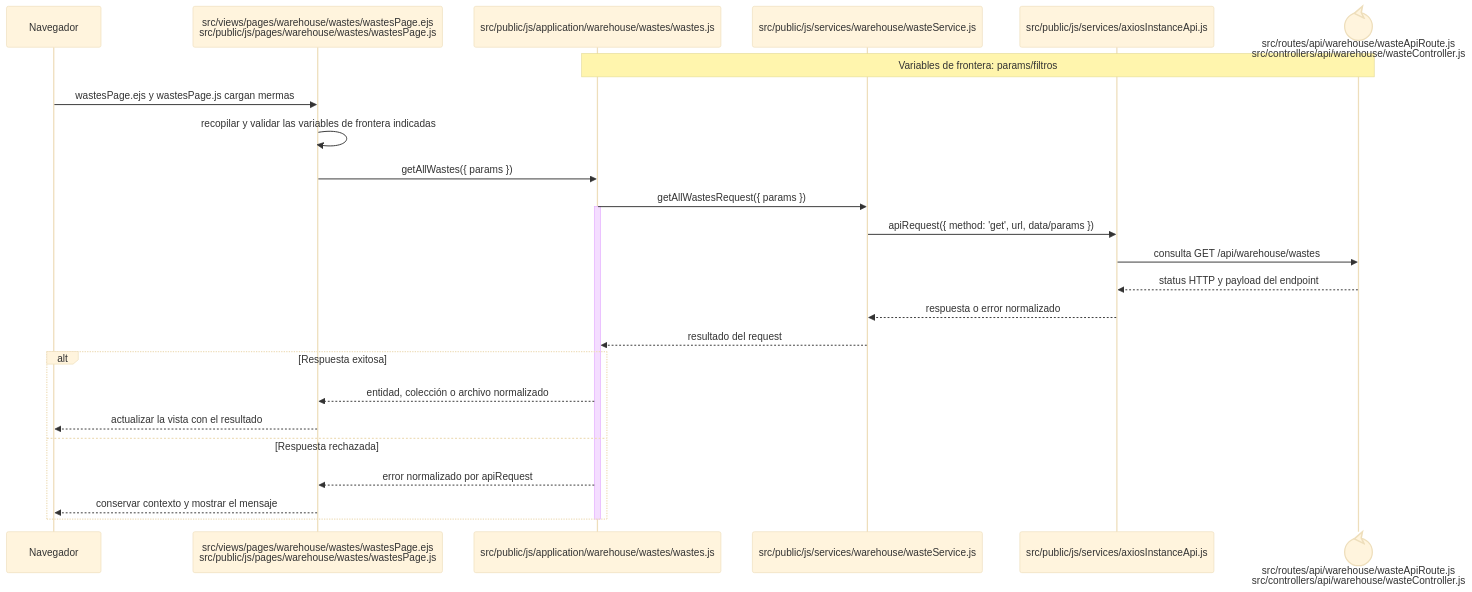
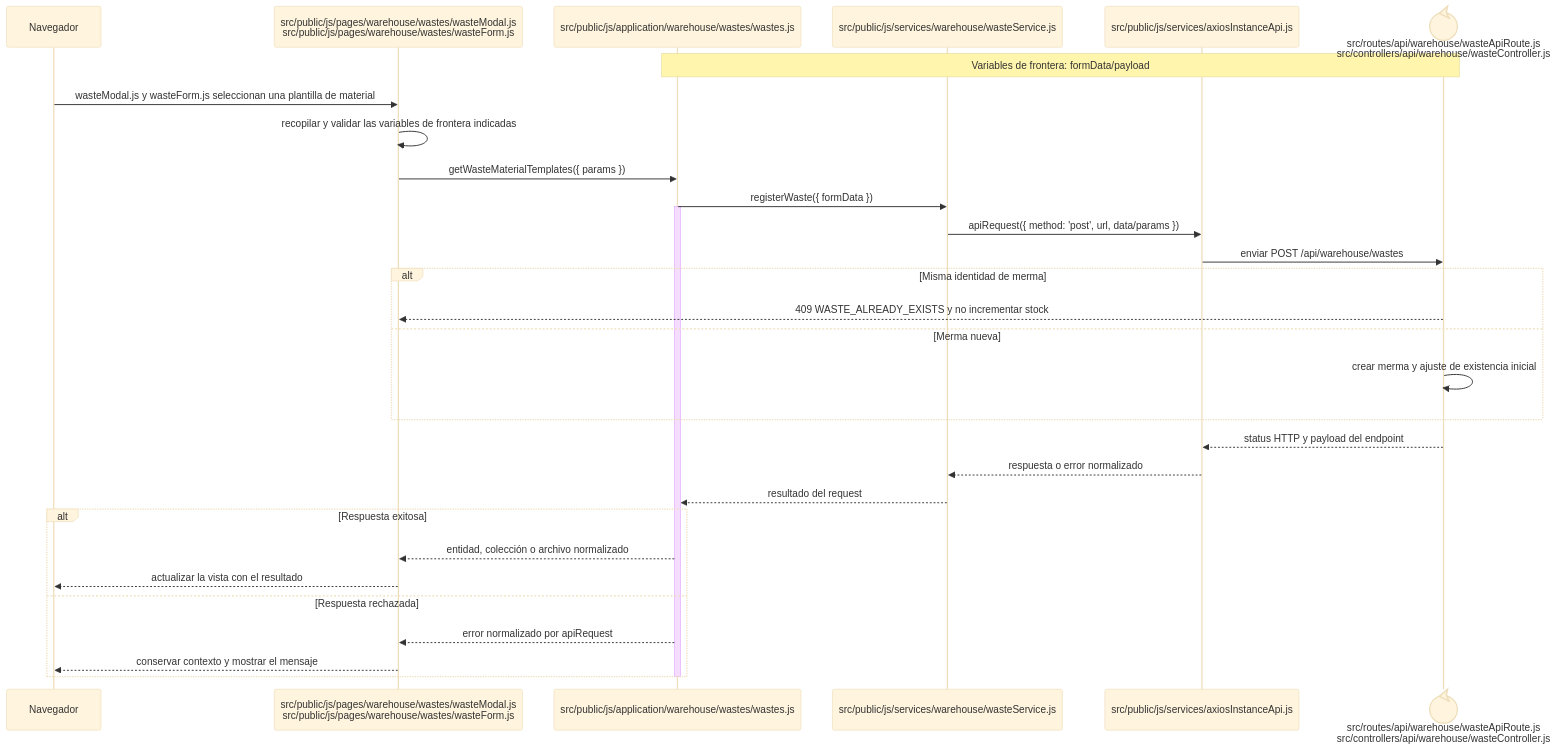
The diagram in docs/architecture/frontend-code-sequences/catalogs/cu-cat-19.md (gpgsistemas01/nexus), drawn with Mermaid (base theme) before and after one commit. The commit also changed other lines of this file and 207 other files, not shown here.

````diff
--- a/docs/architecture/frontend-code-sequences/catalogs/cu-cat-19.md
+++ b/docs/architecture/frontend-code-sequences/catalogs/cu-cat-19.md
@@ -6,29 +6,34 @@
 ```mermaid
 sequenceDiagram
     participant Browser as Navegador
-    participant View as src/views/pages/warehouse/wastes/wastesPage.ejs<br/>src/public/js/pages/warehouse/wastes/wastesPage.js
+    participant View as src/public/js/pages/warehouse/wastes/wasteModal.js<br/>src/public/js/pages/warehouse/wastes/wasteForm.js
     participant Application as src/public/js/application/warehouse/wastes/wastes.js
     participant Request as src/public/js/services/warehouse/wasteService.js
     participant HTTP as src/public/js/services/axiosInstanceApi.js
     participant Transport@{ "type": "control" } as src/routes/api/warehouse/wasteApiRoute.js<br/>src/controllers/api/warehouse/wasteController.js
-    Note over Application,Transport: Variables de frontera: params/filtros
+    Note over Application,Transport: Variables de frontera: formData/payload
 
-    Browser->>View: wastesPage.ejs y wastesPage.js cargan mermas
+    Browser->>View: wasteModal.js y wasteForm.js seleccionan una plantilla de material
     View->>View: recopilar y validar las variables de frontera indicadas
-    View->>Application: getAllWastes({ params })
-    Application->>Request: getAllWastesRequest({ params })
+    View->>Application: getWasteMaterialTemplates({ params })
+    Application->>Request: registerWaste({ formData })
     activate Application
-    Request->>HTTP: apiRequest({ method: 'get', url, data/params })
-    HTTP->>Transport: consulta GET /api/warehouse/wastes
+    Request->>HTTP: apiRequest({ method: 'post', url, data/params })
+    HTTP->>Transport: enviar POST /api/warehouse/wastes
+    alt Misma identidad de merma
+        Transport-->>View: 409 WASTE_ALREADY_EXISTS y no incrementar stock
+    else Merma nueva
+        Transport->>Transport: crear merma y ajuste de existencia inicial
+    end
     Transport-->>HTTP: status HTTP y payload del endpoint
     HTTP-->>Request: respuesta o error normalizado
     Request-->>Application: resultado del request
     alt Respuesta exitosa
         Application-->>View: entidad, colección o archivo normalizado
         View-->>Browser: actualizar la vista con el resultado
     else Respuesta rechazada
         Application-->>View: error normalizado por apiRequest
         View-->>Browser: conservar contexto y mostrar el mensaje
     end
     deactivate Application
 ```
````
